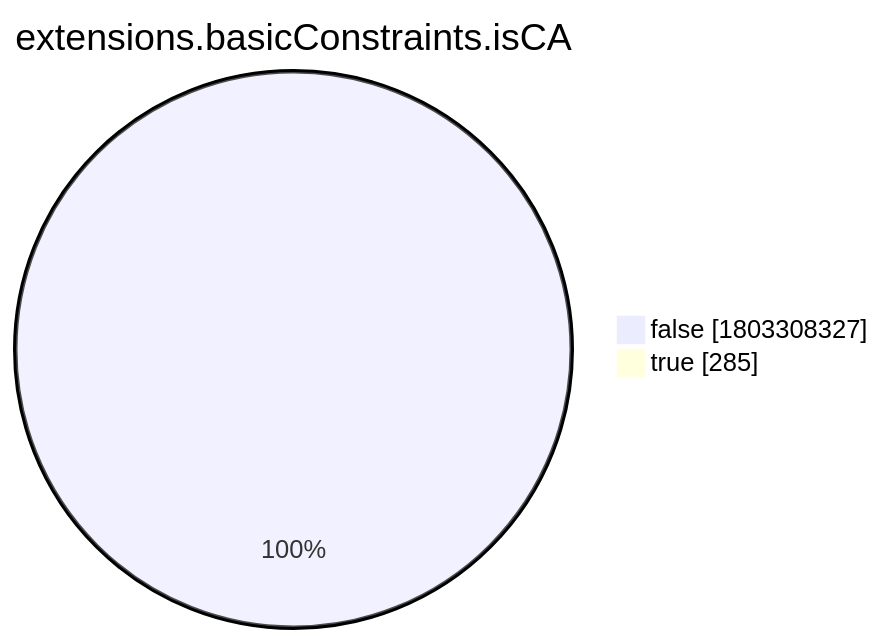
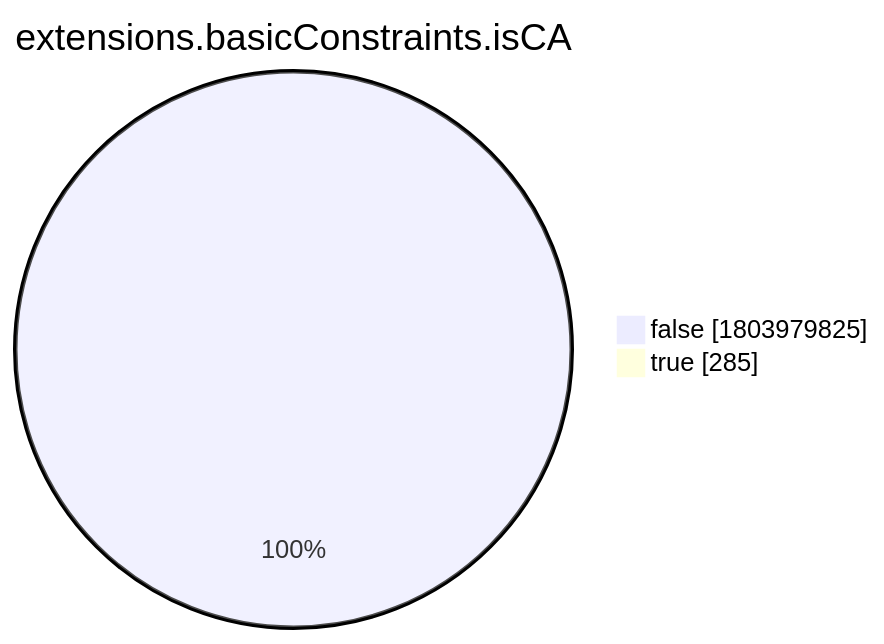
The eighth of 15 diagrams in xenon2022/README.md (christiankrug/ctmonitor_visualization), drawn with Mermaid before and after one commit. The commit also changed other lines of this file, not shown here.

````diff
--- a/xenon2022/README.md
+++ b/xenon2022/README.md
@@ -2868,6 +2868,6 @@
 ```mermaid
 pie showData
 title extensions.basicConstraints.isCA
-"false" :1803308327
+"false" :1803979825
 "true" :285
 ```
````
